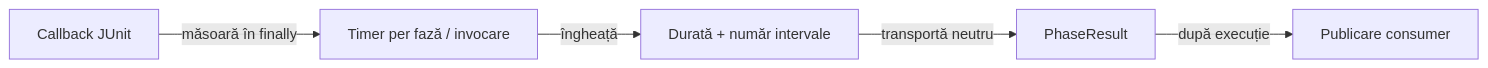
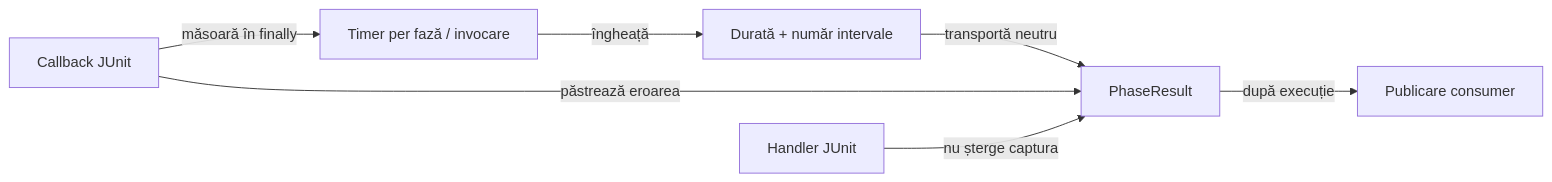
The third of 3 diagrams in atf-test-kit/README.md (crististefanita/atf_j0), drawn with Mermaid before and after one commit. The commit also changed other lines of this file and 67 other files, not shown here.

````diff
--- a/atf-test-kit/README.md
+++ b/atf-test-kit/README.md
@@ -142,7 +186,9 @@
 ```mermaid
 flowchart LR
     Invoke["Callback JUnit"] -->|măsoară în finally| Timer["Timer per fază / invocare"]
     Timer -->|îngheață| Snapshot["Durată + număr intervale"]
     Snapshot -->|transportă neutru| Result["PhaseResult"]
     Result -->|după execuție| Publisher["Publicare consumer"]
+    Invoke -->|păstrează eroarea| Result
+    Handler["Handler JUnit"] -->|nu șterge captura| Result
 ```
````
